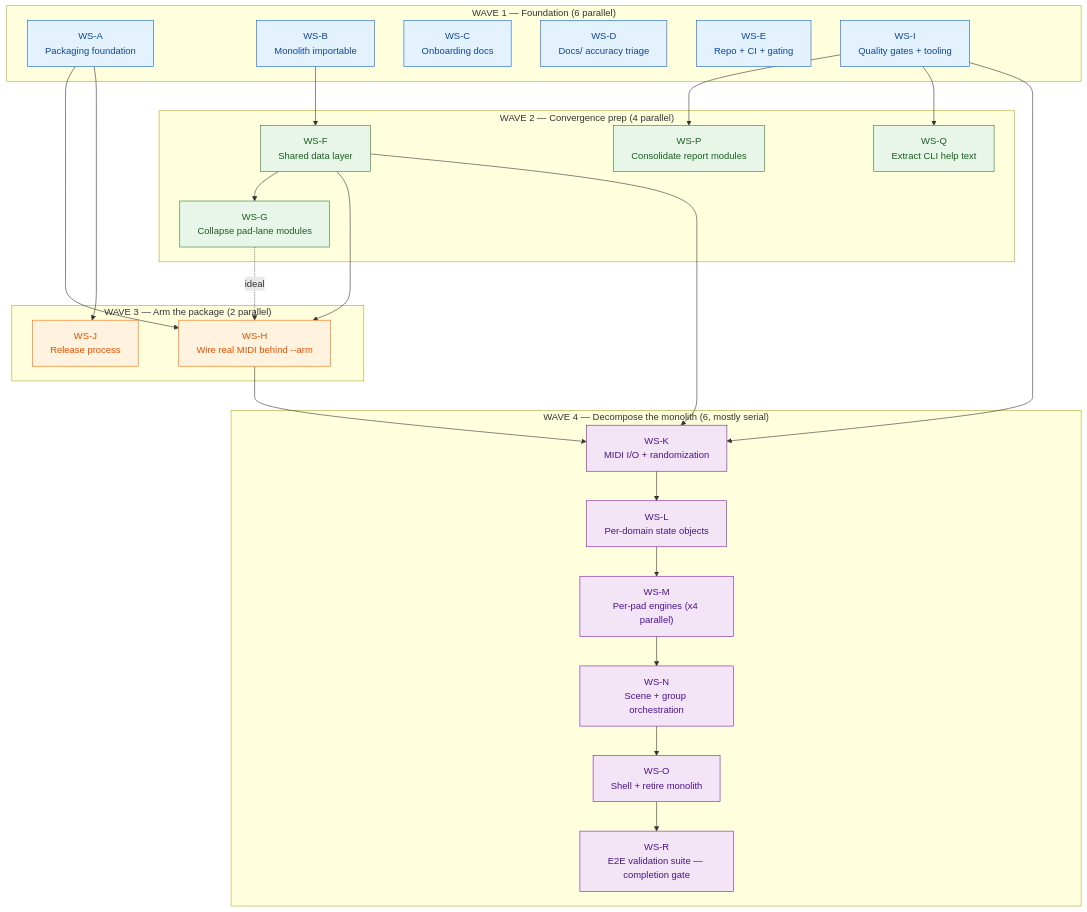
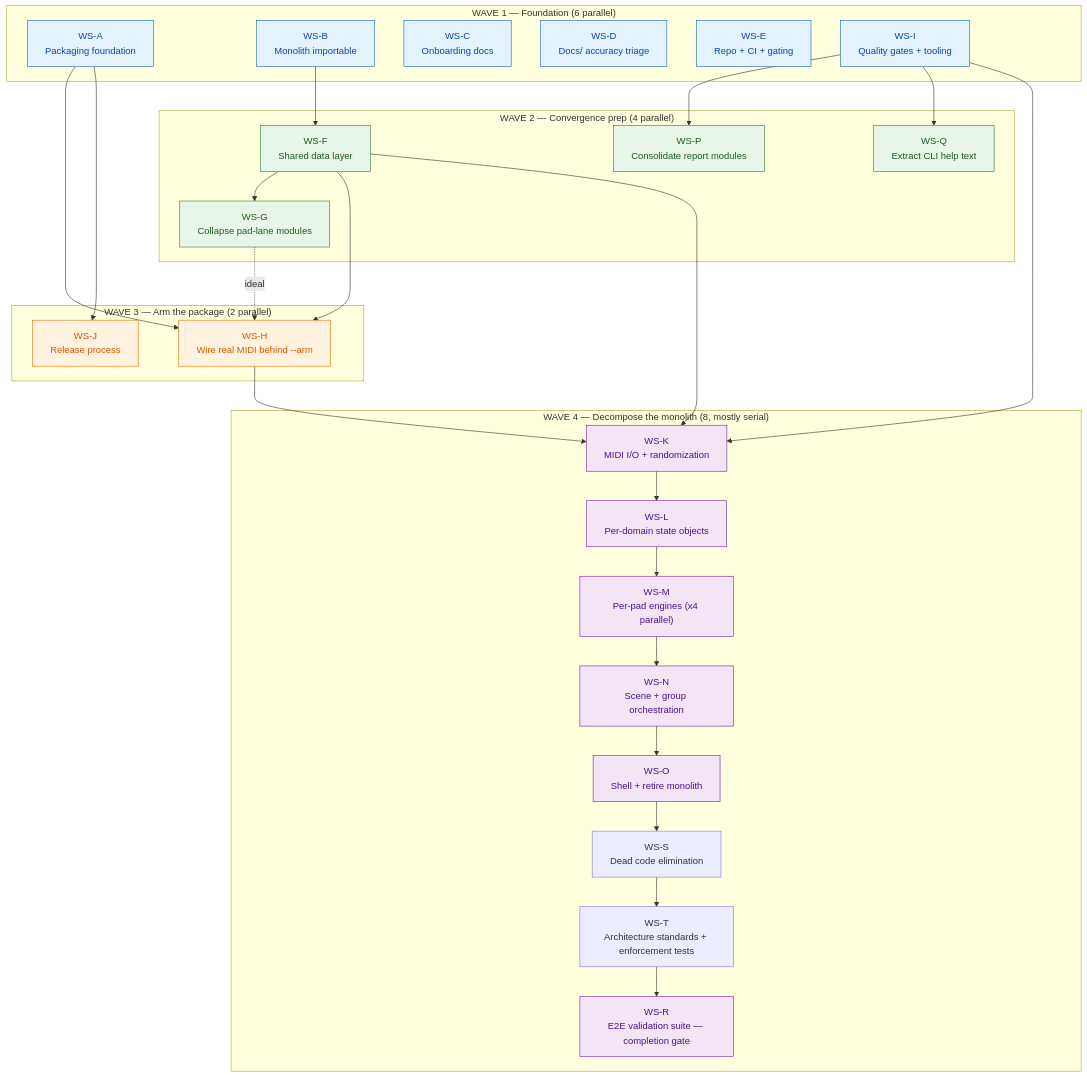
The second of 8 diagrams in EXECUTION_PLAN.md (buzzijose-hub/RytmRandomizer), drawn with Mermaid before and after one commit. The commit also changed other lines of this file, not shown here.

First line of the commit message:
Add WS-S (dead code elimination) and WS-T (architecture standards + enforcement)

````diff
--- a/EXECUTION_PLAN.md
+++ b/EXECUTION_PLAN.md
@@ -68,55 +68,59 @@
 ```mermaid
 graph TD
     subgraph W1["WAVE 1 — Foundation (6 parallel)"]
         A["WS-A<br/>Packaging foundation"]
         B["WS-B<br/>Monolith importable"]
         C["WS-C<br/>Onboarding docs"]
         D["WS-D<br/>Docs/ accuracy triage"]
         E["WS-E<br/>Repo + CI + gating"]
         I["WS-I<br/>Quality gates + tooling"]
     end
     subgraph W2["WAVE 2 — Convergence prep (4 parallel)"]
         F["WS-F<br/>Shared data layer"]
         G["WS-G<br/>Collapse pad-lane modules"]
         P["WS-P<br/>Consolidate report modules"]
         Q["WS-Q<br/>Extract CLI help text"]
     end
     subgraph W3["WAVE 3 — Arm the package (2 parallel)"]
         H["WS-H<br/>Wire real MIDI behind --arm"]
         J["WS-J<br/>Release process"]
     end
-    subgraph W4["WAVE 4 — Decompose the monolith (6, mostly serial)"]
+    subgraph W4["WAVE 4 — Decompose the monolith (8, mostly serial)"]
         K["WS-K<br/>MIDI I/O + randomization"]
         L["WS-L<br/>Per-domain state objects"]
         M["WS-M<br/>Per-pad engines (x4 parallel)"]
         N["WS-N<br/>Scene + group orchestration"]
         O["WS-O<br/>Shell + retire monolith"]
+        S["WS-S<br/>Dead code elimination"]
+        T["WS-T<br/>Architecture standards + enforcement tests"]
         R["WS-R<br/>E2E validation suite — completion gate"]
     end
 
     B --> F
     F --> G
     I --> P
     I --> Q
     A --> H
     F --> H
     G -.ideal.-> H
     A --> J
     F --> K
     H --> K
     I --> K
     K --> L
     L --> M
     M --> N
     N --> O
-    O --> R
+    O --> S
+    S --> T
+    T --> R
 
     classDef wave1 fill:#e3f2fd,stroke:#1565c0,color:#0d47a1
     classDef wave2 fill:#e8f5e9,stroke:#2e7d32,color:#1b5e20
     classDef wave3 fill:#fff3e0,stroke:#ef6c00,color:#e65100
     classDef wave4 fill:#f3e5f5,stroke:#7b1fa2,color:#4a148c
     class A,B,C,D,E,I wave1
     class F,G,P,Q wave2
     class H,J wave3
     class K,L,M,N,O,R wave4
 ```
````
